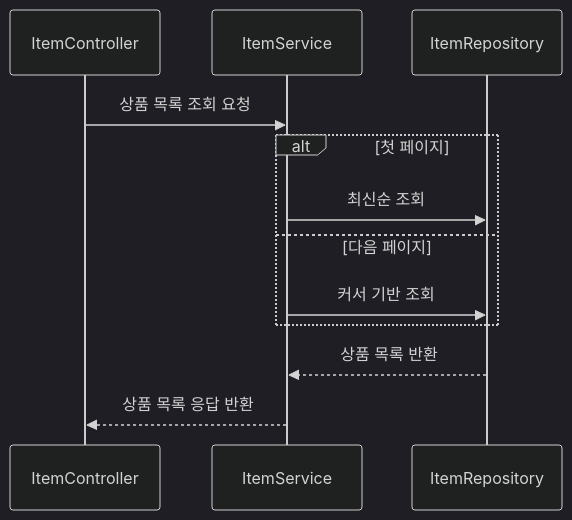
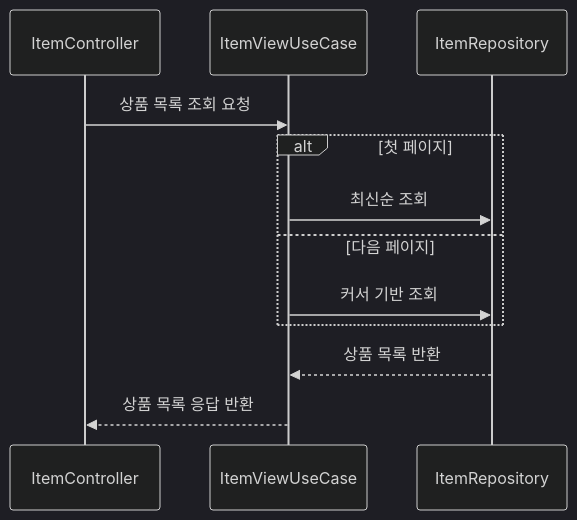
Before and after one commit to hwangdaesun/e-commerce: the first of 9 diagrams in README.md, drawn with Mermaid (dark theme). The commit also changed other lines of this file, not shown here.

Commit message:
docs : 주문하기 시퀀스 다이어그램 수정

````diff
--- a/README.md
+++ b/README.md
@@ -13,15 +13,15 @@
 ```mermaid
 sequenceDiagram
       participant Controller as ItemController
-      participant Service as ItemService
+      participant UseCase as ItemViewUseCase
       participant Repository as ItemRepository
 
-      Controller->>Service: 상품 목록 조회 요청
+      Controller->>UseCase: 상품 목록 조회 요청
       alt 첫 페이지
-          Service->>Repository: 최신순 조회
+          UseCase->>Repository: 최신순 조회
       else 다음 페이지
-          Service->>Repository: 커서 기반 조회
+          UseCase->>Repository: 커서 기반 조회
       end
-      Repository-->>Service: 상품 목록 반환
-      Service-->>Controller: 상품 목록 응답 반환
+      Repository-->>UseCase: 상품 목록 반환
+      UseCase-->>Controller: 상품 목록 응답 반환
 ```
````
